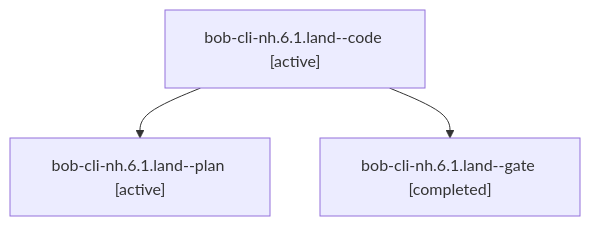
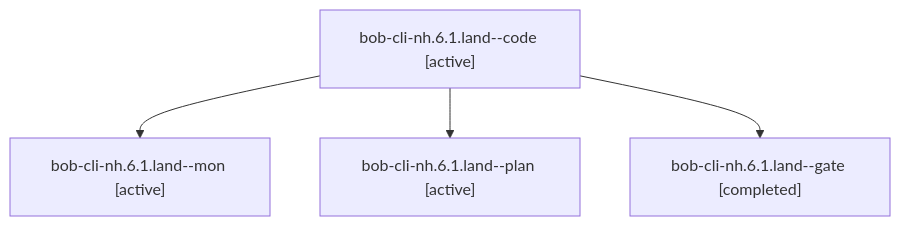
The diagram in sessions/bbugyi200.athena.bob-cli-nh.6.1.land.md (bobs-org/bob-cli--agents), drawn with Mermaid before and after one commit. The commit also changed other lines of this file and 103 other files, not shown here.

````diff
--- a/sessions/bbugyi200.athena.bob-cli-nh.6.1.land.md
+++ b/sessions/bbugyi200.athena.bob-cli-nh.6.1.land.md
@@ -9,8 +9,10 @@
 ```mermaid
 flowchart TD
   n0["bob-cli-nh.6.1.land--code [active]"]
-  n1["bob-cli-nh.6.1.land--plan [active]"]
+  n1["bob-cli-nh.6.1.land--mon [active]"]
   n0 --> n1
-  n2["bob-cli-nh.6.1.land--gate [completed]"]
+  n2["bob-cli-nh.6.1.land--plan [active]"]
   n0 --> n2
+  n3["bob-cli-nh.6.1.land--gate [completed]"]
+  n0 --> n3
 ```
````
